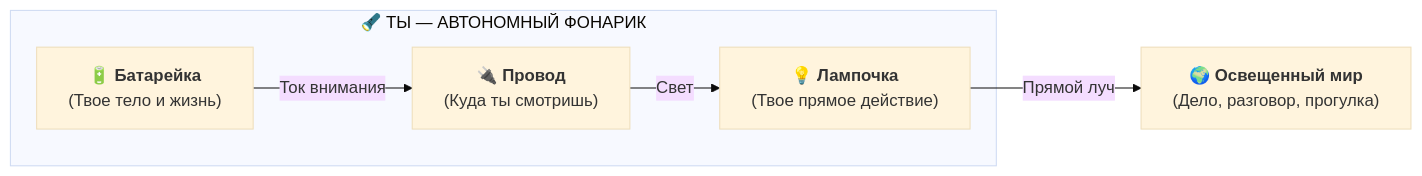
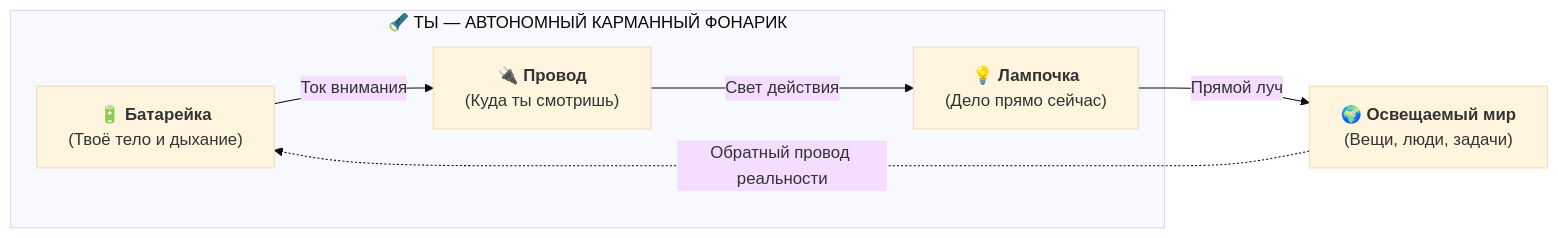
One commit to vsanyanov-ux/inner-current changed the first of 3 diagrams in wiki/Inner Current (Feynman Primer — Happiness Architecture in Plain Words for the Unprepared Reader).md. Above: the diagram before and after it, drawn with Mermaid (base theme). The commit also changed other lines of this file, not shown here.

````diff
--- a/wiki/Inner Current (Feynman Primer — Happiness Architecture in Plain Words for the Unprepared Reader).md
+++ b/wiki/Inner Current (Feynman Primer — Happiness Architecture in Plain Words for the Unprepared Reader).md
@@ -44,8 +44,9 @@
 ```mermaid
 flowchart LR
-    subgraph Flashlight ["🔦 ТЫ — АВТОНОМНЫЙ ФОНАРИК"]
-        B["🔋 <b>Батарейка</b><br/>(Твое тело и жизнь)"] -->|Ток внимания| W["🔌 <b>Провод</b><br/>(Куда ты смотришь)"]
-        W -->|Свет| L["💡 <b>Лампочка</b><br/>(Твое прямое действие)"]
+    subgraph Inside ["🔦 ТЫ — АВТОНОМНЫЙ КАРМАННЫЙ ФОНАРИК"]
+        B["🔋 <b>Батарейка</b><br/>(Твоё тело и дыхание)"] -->|Ток внимания| W["🔌 <b>Провод</b><br/>(Куда ты смотришь)"]
+        W -->|Свет действия| L["💡 <b>Лампочка</b><br/>(Дело прямо сейчас)"]
     end
-    L -->|Прямой луч| R["🌍 <b>Освещенный мир</b><br/>(Дело, разговор, прогулка)"]
+    L -->|Прямой луч| R["🌍 <b>Освещаемый мир</b><br/>(Вещи, люди, задачи)"]
+    R -.->|Обратный провод реальности| B
 ```
````
